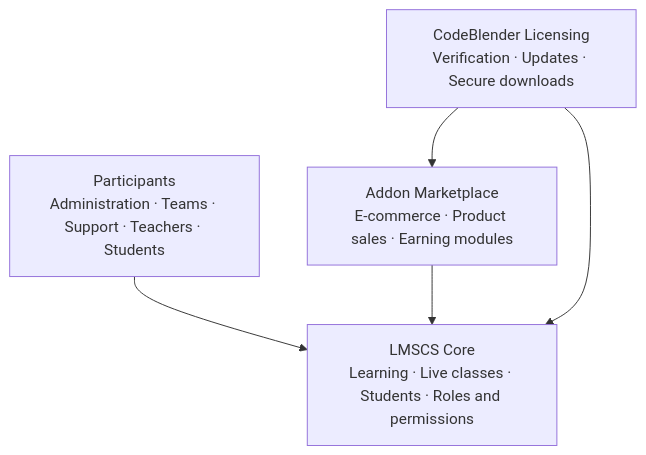
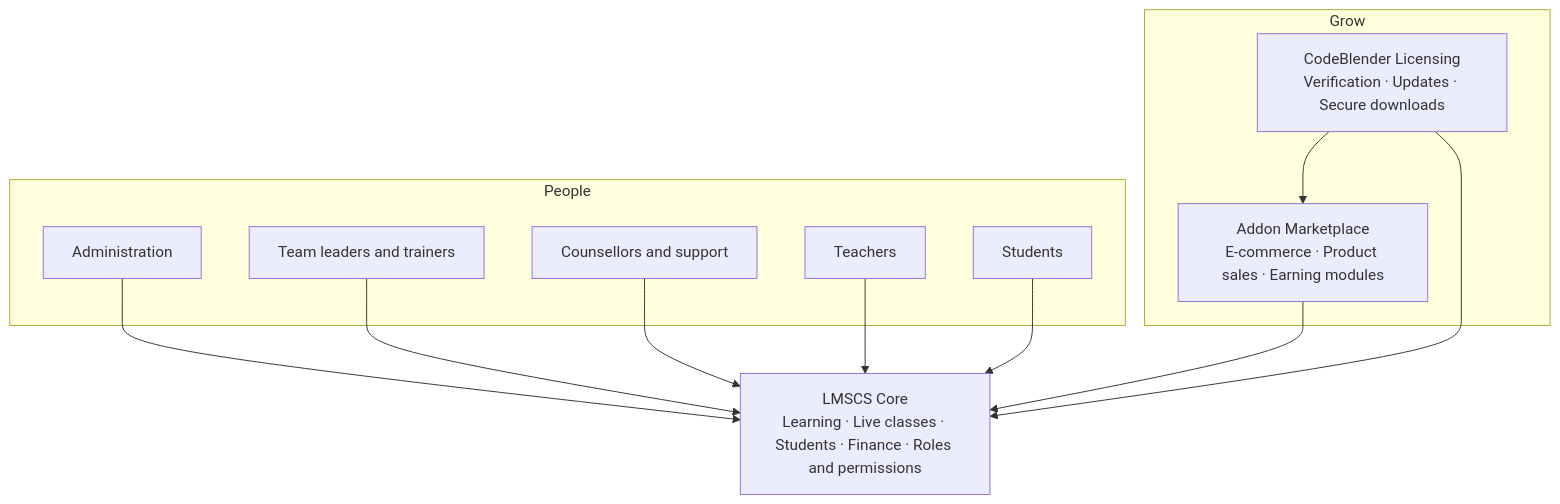
The diagram in profile/README.md (LMSCompleteSolution/.github), drawn with Mermaid before and after one commit. The commit also changed other lines of this file, not shown here.

````diff
--- a/profile/README.md
+++ b/profile/README.md
@@ -111,12 +161,23 @@
 ```mermaid
 flowchart TB
-    P["Participants<br/>Administration · Teams · Support · Teachers · Students"]
-    C["LMSCS Core<br/>Learning · Live classes · Students · Roles and permissions"]
-    M["Addon Marketplace<br/>E-commerce · Product sales · Earning modules"]
-    L["CodeBlender Licensing<br/>Verification · Updates · Secure downloads"]
-
-    P --> C
-    M --> C
-    L --> C
+    subgraph PEOPLE["People"]
+        A["Administration"]
+        B["Team leaders and trainers"]
+        C["Counsellors and support"]
+        D["Teachers"]
+        E["Students"]
+    end
+    CORE["LMSCS Core<br/>Learning · Live classes · Students · Finance · Roles and permissions"]
+    subgraph GROW["Grow"]
+        M["Addon Marketplace<br/>E-commerce · Product sales · Earning modules"]
+        L["CodeBlender Licensing<br/>Verification · Updates · Secure downloads"]
+    end
+    A --> CORE
+    B --> CORE
+    C --> CORE
+    D --> CORE
+    E --> CORE
+    M --> CORE
     L --> M
+    L --> CORE
 ```
````
